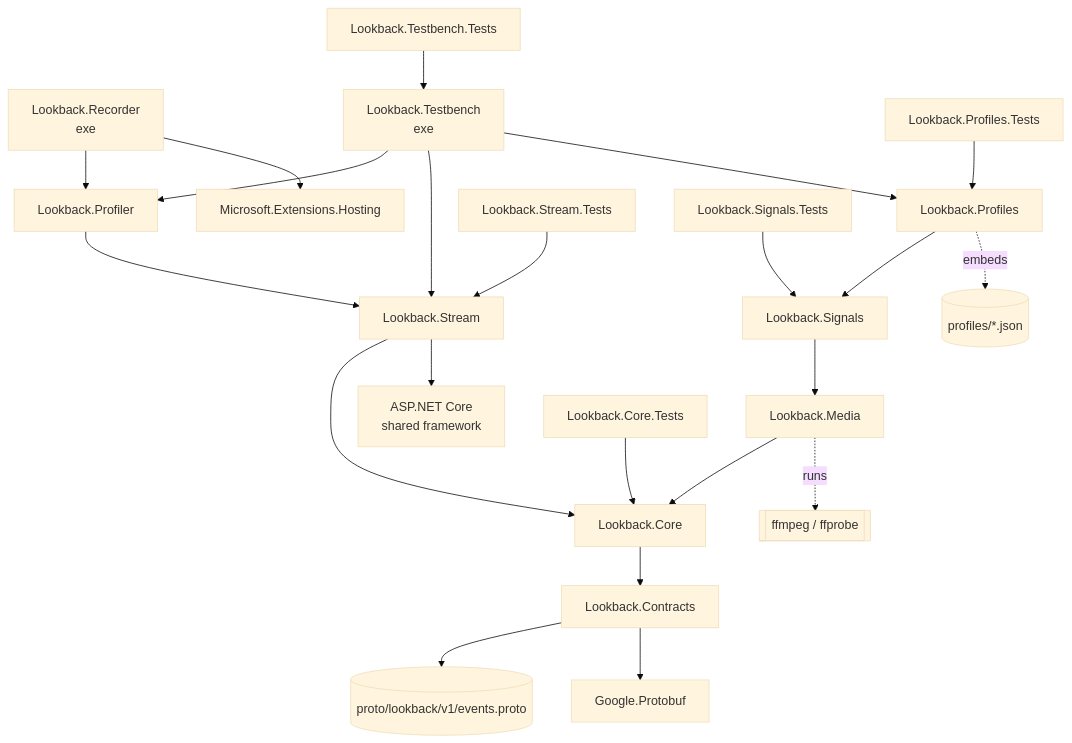
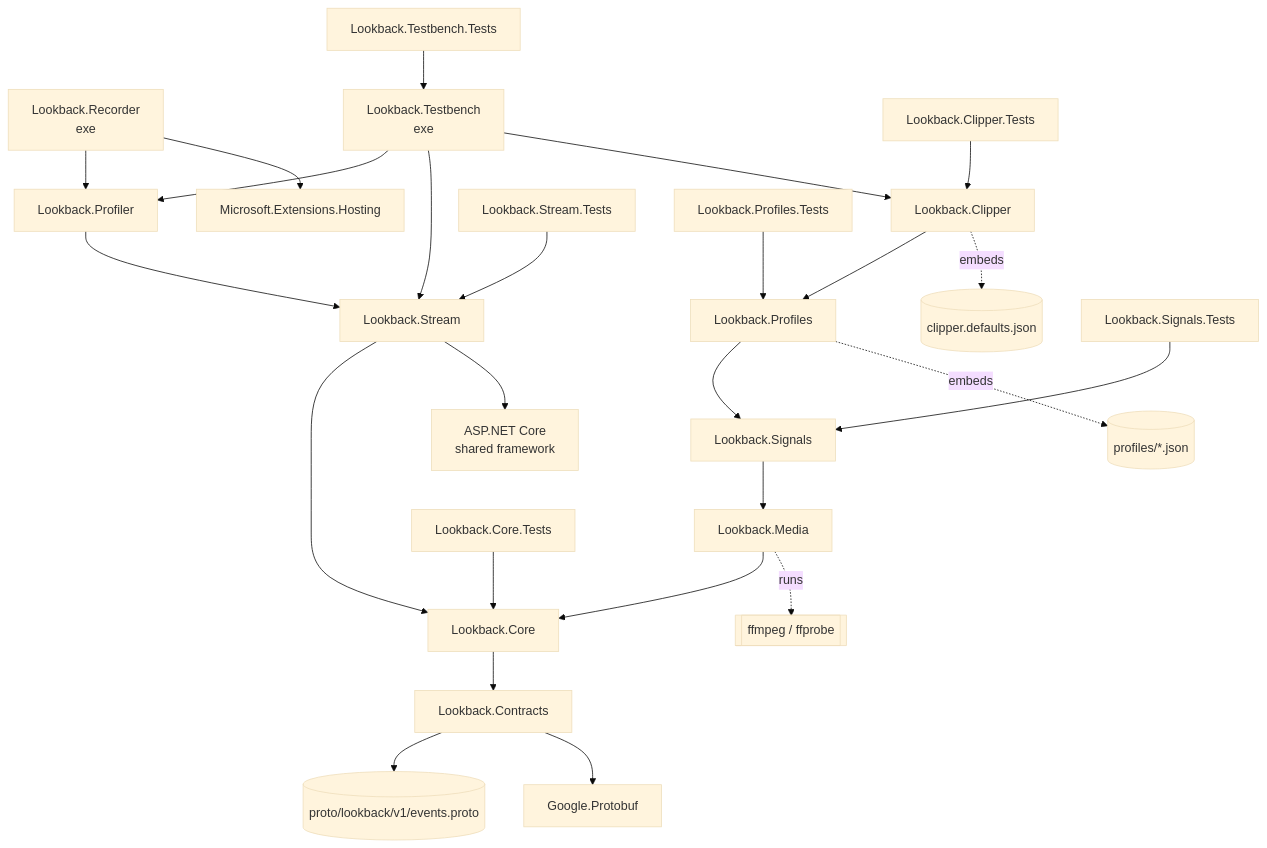
One commit to Joshmh7128/Lookback changed the first of 2 diagrams in docs/wiki/Project-Structure.md. Above: the diagram before and after it, drawn with Mermaid (base theme). The commit also changed other lines of this file and 11 other files, not shown here.

First line of the commit message:
Docs: Clipper wiki page; Architecture, Testbench, Testing, Home, sidebar for M2

````diff
--- a/docs/wiki/Project-Structure.md
+++ b/docs/wiki/Project-Structure.md
@@ -46,21 +48,24 @@
 ```mermaid
 flowchart TB
     R[Lookback.Recorder<br/>exe] --> PF[Lookback.Profiler] --> S[Lookback.Stream]
-    TB[Lookback.Testbench<br/>exe] --> PF & S & PR[Lookback.Profiles]
+    TB[Lookback.Testbench<br/>exe] --> PF & S & CL[Lookback.Clipper]
+    CL --> PR[Lookback.Profiles]
+    CL -. embeds .-> CJ[(clipper.defaults.json)]
     PR --> SG[Lookback.Signals]
     PR -. embeds .-> PJ[(profiles/*.json)]
     SG --> MD[Lookback.Media] --> C
     S --> C[Lookback.Core]
     C --> K[Lookback.Contracts]
     K --> P[(proto/lookback/v1/events.proto)]
     K --> GP[Google.Protobuf]
     S --> ASP[ASP.NET Core<br/>shared framework]
     R --> HOST[Microsoft.Extensions.Hosting]
 
     TC[Lookback.Core.Tests] --> C
     TS[Lookback.Stream.Tests] --> S
     TSG[Lookback.Signals.Tests] --> SG
     TPR[Lookback.Profiles.Tests] --> PR
+    TCL[Lookback.Clipper.Tests] --> CL
     TTB[Lookback.Testbench.Tests] --> TB
     MD -. runs .-> FF[[ffmpeg / ffprobe]]
 ```
````
